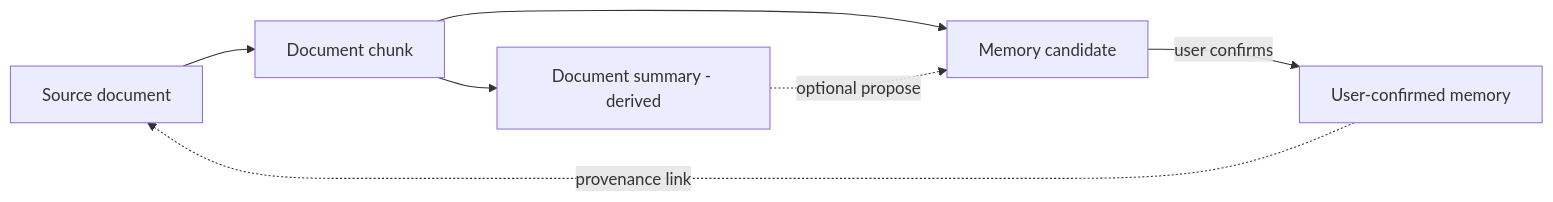
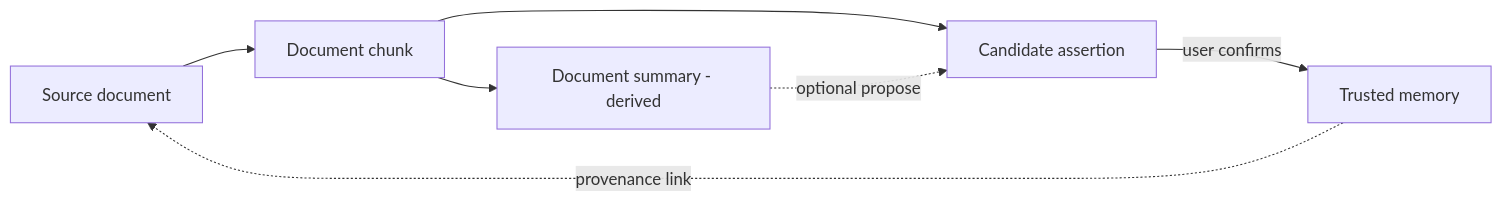
One commit to NicolVii/ContextVault changed the fourth of 9 diagrams in docs/memory-system/08-memory-model.md. Above: the diagram before and after it, drawn with Mermaid. The commit also changed other lines of this file, not shown here.

First line of the commit message:
docs: refine Stage 8 memory model

````diff
--- a/docs/memory-system/08-memory-model.md
+++ b/docs/memory-system/08-memory-model.md
@@ -750,15 +856,15 @@
 ```mermaid
 flowchart LR
   Doc[Source document]
   Chunk[Document chunk]
   Sum[Document summary - derived]
-  Cand[Memory candidate]
-  Mem[User-confirmed memory]
+  Cand[Candidate assertion]
+  Mem[Trusted memory]
 
   Doc --> Chunk
   Chunk --> Sum
   Chunk --> Cand
   Sum -.->|optional propose| Cand
   Cand -->|user confirms| Mem
   Mem -.->|provenance link| Doc
 ```
````
